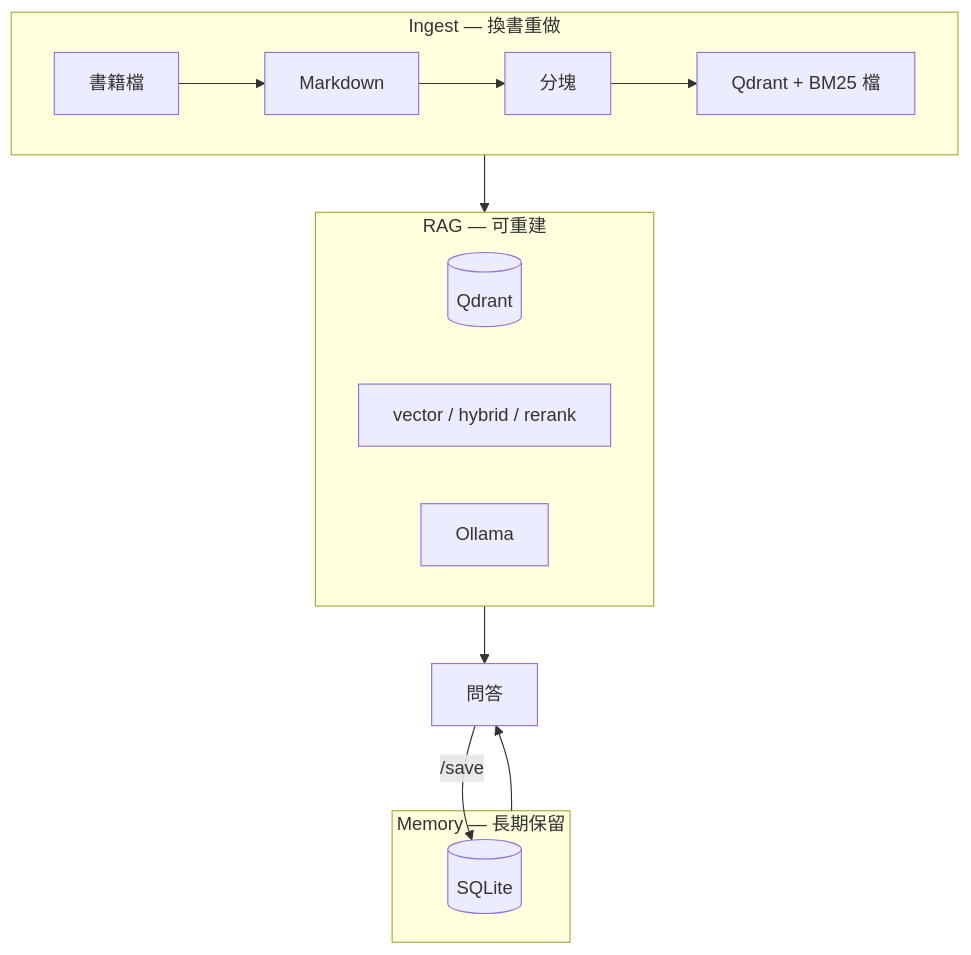
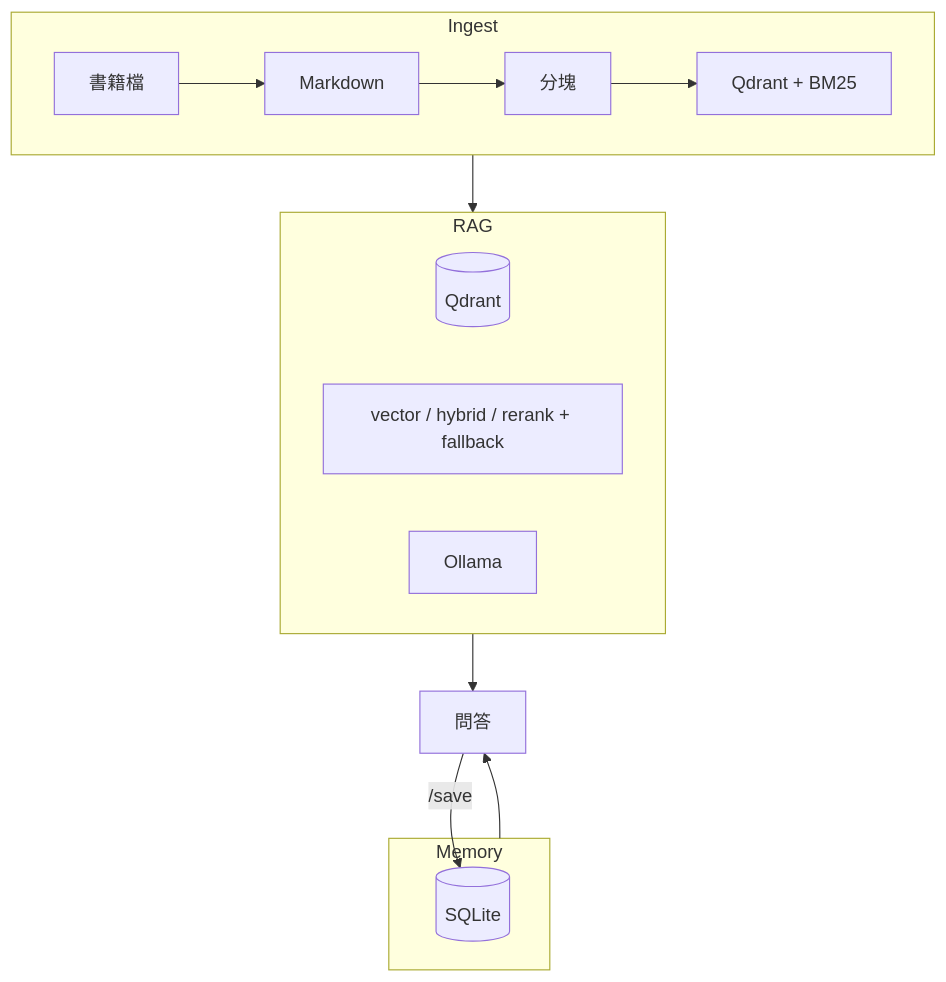
The first of 2 diagrams in ARCHITECTURE.md (yu2C/book-spirit), drawn with Mermaid before and after one commit. The commit also changed other lines of this file and 31 other files, not shown here.

First line of the commit message:
refactor: update architecture and documentation for clarity and consistency

````diff
--- a/ARCHITECTURE.md
+++ b/ARCHITECTURE.md
@@ -17,23 +16,23 @@
 ```mermaid
 flowchart TB
-    subgraph ingest [Ingest — 換書重做]
+    subgraph ingest [Ingest]
         Src[書籍檔] --> MD[Markdown]
         MD --> Chunk[分塊]
-        Chunk --> Index[Qdrant + BM25 檔]
+        Chunk --> Index[Qdrant + BM25]
     end
 
-    subgraph rag [RAG — 可重建]
+    subgraph rag [RAG]
         Qdrant[(Qdrant)]
-        Retrieve[vector / hybrid / rerank]
+        Retrieve[vector / hybrid / rerank + fallback]
         Ollama[Ollama]
     end
 
-    subgraph memory [Memory — 長期保留]
+    subgraph memory [Memory]
         SQLite[(SQLite)]
     end
 
     ingest --> rag
     rag --> Chat[問答]
     memory --> Chat
     Chat -->|/save| SQLite
 ```
````
